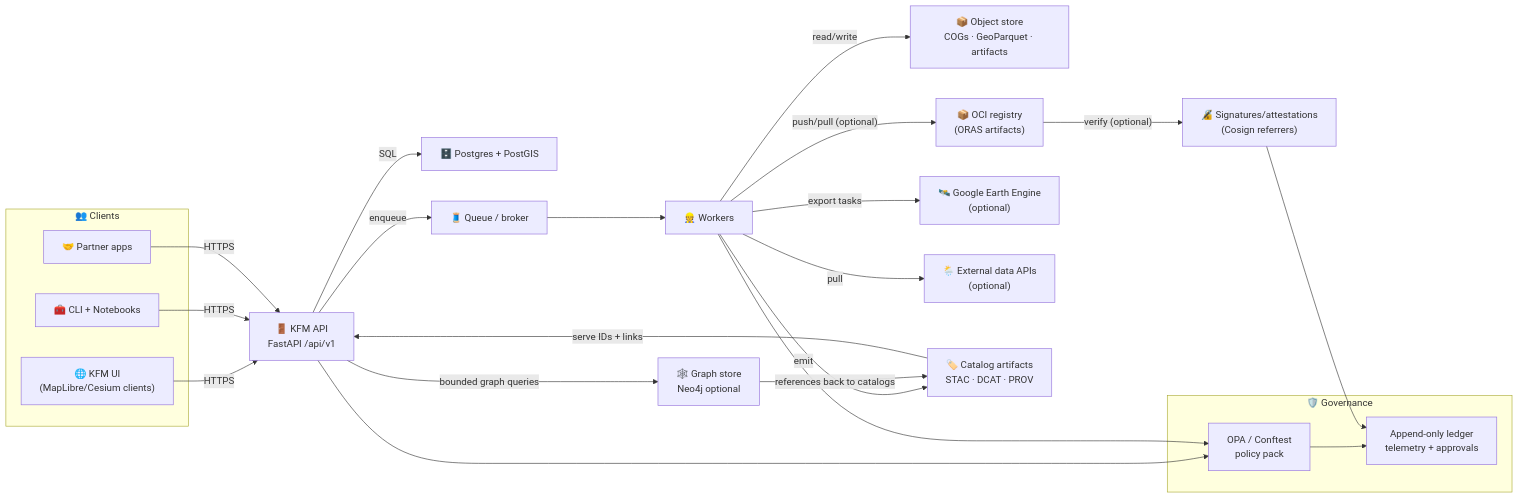
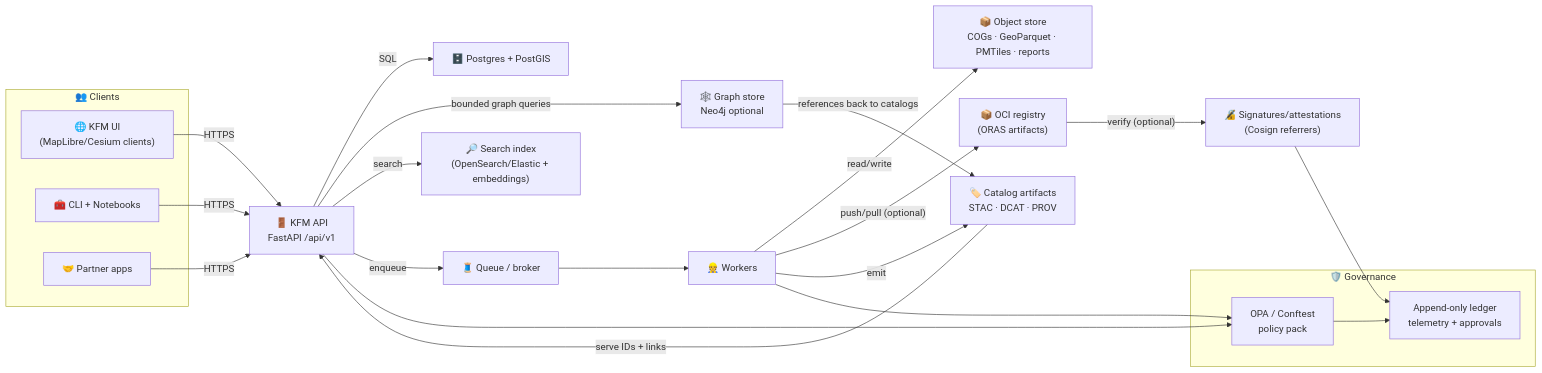
The diagram in api/README.md (bartytime4life/Kansas-Frontier-Matrix), drawn with Mermaid before and after one commit. The commit also changed other lines of this file, not shown here.

````diff
--- a/api/README.md
+++ b/api/README.md
@@ -268,39 +289,38 @@
 ```mermaid
 flowchart LR
   subgraph Clients["👥 Clients"]
     UI["🌐 KFM UI\n(MapLibre/Cesium clients)"]
     CLI["🧰 CLI + Notebooks"]
     PARTNER["🤝 Partner apps"]
   end
 
   UI -->|"HTTPS"| API["🚪 KFM API\nFastAPI /api/v1"]
   CLI -->|"HTTPS"| API
   PARTNER -->|"HTTPS"| API
 
   API -->|"SQL"| DB["🗄️ Postgres + PostGIS"]
   API -->|"bounded graph queries"| GRAPH["🕸️ Graph store\nNeo4j optional"]
+  API -->|"search"| SEARCH["🔎 Search index\n(OpenSearch/Elastic + embeddings)"]
+
   API -->|"enqueue"| Q["🧵 Queue / broker"]
   Q --> W["👷 Workers"]
 
-  W -->|"read/write"| OBJ["📦 Object store\nCOGs · GeoParquet · artifacts"]
+  W -->|"read/write"| OBJ["📦 Object store\nCOGs · GeoParquet · PMTiles · reports"]
   W -->|"push/pull (optional)"| OCI["📦 OCI registry\n(ORAS artifacts)"]
   OCI -->|"verify (optional)"| SIG["🔏 Signatures/attestations\n(Cosign referrers)"]
-
-  W -->|"export tasks"| GEE["🛰️ Google Earth Engine\n(optional)"]
-  W -->|"pull"| EXTAPI["🌦️ External data APIs\n(optional)"]
 
   W -->|"emit"| CATALOG["🏷️ Catalog artifacts\nSTAC · DCAT · PROV"]
   CATALOG -->|"serve IDs + links"| API
 
   GRAPH -->|"references back to catalogs"| CATALOG
 
   subgraph Governance["🛡️ Governance"]
     OPA["OPA / Conftest\npolicy pack"]
     LEDGER["Append-only ledger\ntelemetry + approvals"]
   end
 
   API --> OPA
   W --> OPA
   OPA --> LEDGER
   SIG --> LEDGER
 ```
````
